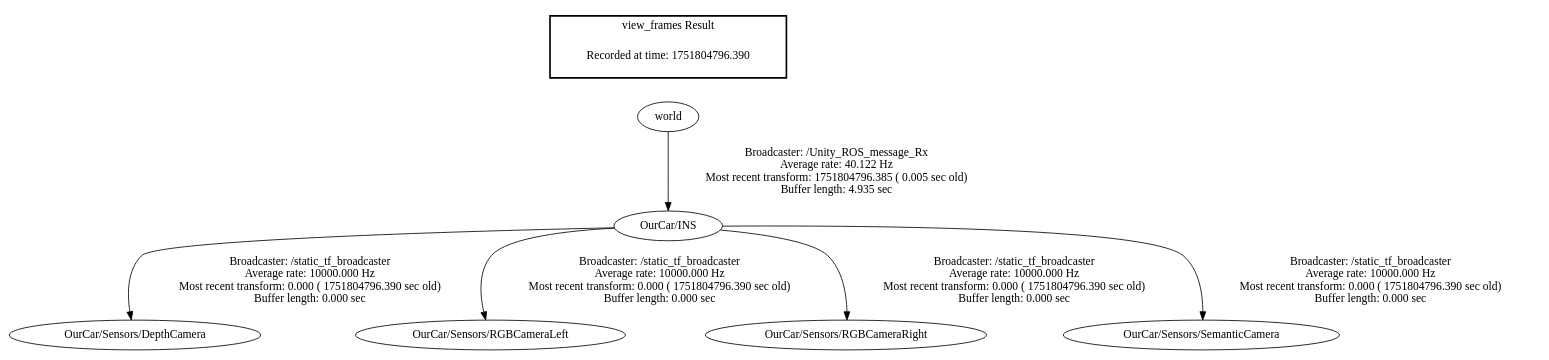
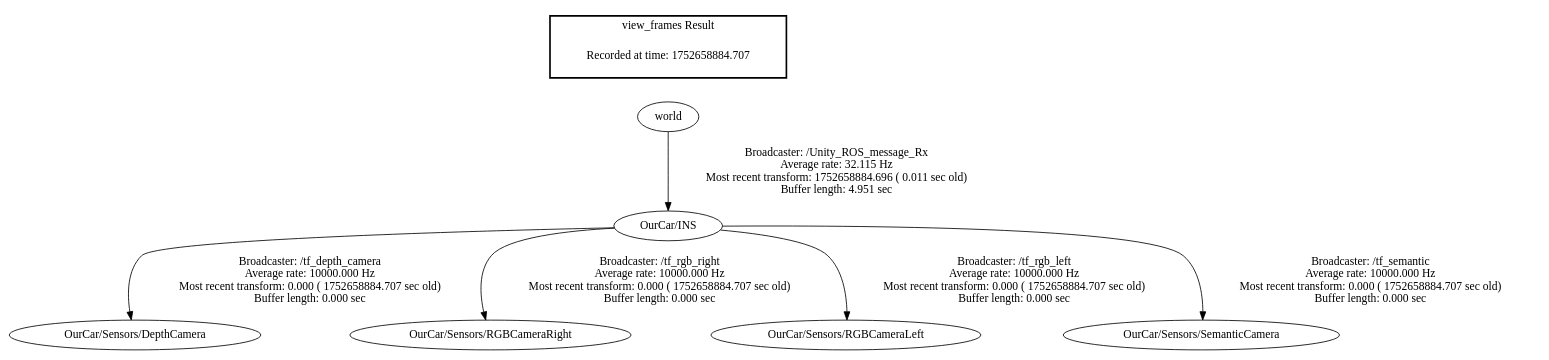
One commit to JerryPlain/autonomous_driving_ros changed the diagram in frames.gv. Above: the diagram before and after it, drawn with Graphviz. The commit also changed 7 other files, not shown here.

```diff
--- a/frames.gv
+++ b/frames.gv
@@ -1,11 +1,11 @@
 digraph G {
-"OurCar/INS" -> "OurCar/Sensors/DepthCamera"[label="Broadcaster: /static_tf_broadcaster\nAverage rate: 10000.000 Hz\nMost recent transform: 0.000 ( 1751804796.390 sec old)\nBuffer length: 0.000 sec\n"];
-"world" -> "OurCar/INS"[label="Broadcaster: /Unity_ROS_message_Rx\nAverage rate: 40.122 Hz\nMost recent transform: 1751804796.385 ( 0.005 sec old)\nBuffer length: 4.935 sec\n"];
-"OurCar/INS" -> "OurCar/Sensors/RGBCameraLeft"[label="Broadcaster: /static_tf_broadcaster\nAverage rate: 10000.000 Hz\nMost recent transform: 0.000 ( 1751804796.390 sec old)\nBuffer length: 0.000 sec\n"];
-"OurCar/INS" -> "OurCar/Sensors/RGBCameraRight"[label="Broadcaster: /static_tf_broadcaster\nAverage rate: 10000.000 Hz\nMost recent transform: 0.000 ( 1751804796.390 sec old)\nBuffer length: 0.000 sec\n"];
-"OurCar/INS" -> "OurCar/Sensors/SemanticCamera"[label="Broadcaster: /static_tf_broadcaster\nAverage rate: 10000.000 Hz\nMost recent transform: 0.000 ( 1751804796.390 sec old)\nBuffer length: 0.000 sec\n"];
+"OurCar/INS" -> "OurCar/Sensors/DepthCamera"[label="Broadcaster: /tf_depth_camera\nAverage rate: 10000.000 Hz\nMost recent transform: 0.000 ( 1752658884.707 sec old)\nBuffer length: 0.000 sec\n"];
+"world" -> "OurCar/INS"[label="Broadcaster: /Unity_ROS_message_Rx\nAverage rate: 32.115 Hz\nMost recent transform: 1752658884.696 ( 0.011 sec old)\nBuffer length: 4.951 sec\n"];
+"OurCar/INS" -> "OurCar/Sensors/RGBCameraRight"[label="Broadcaster: /tf_rgb_right\nAverage rate: 10000.000 Hz\nMost recent transform: 0.000 ( 1752658884.707 sec old)\nBuffer length: 0.000 sec\n"];
+"OurCar/INS" -> "OurCar/Sensors/RGBCameraLeft"[label="Broadcaster: /tf_rgb_left\nAverage rate: 10000.000 Hz\nMost recent transform: 0.000 ( 1752658884.707 sec old)\nBuffer length: 0.000 sec\n"];
+"OurCar/INS" -> "OurCar/Sensors/SemanticCamera"[label="Broadcaster: /tf_semantic\nAverage rate: 10000.000 Hz\nMost recent transform: 0.000 ( 1752658884.707 sec old)\nBuffer length: 0.000 sec\n"];
 edge [style=invis];
  subgraph cluster_legend { style=bold; color=black; label ="view_frames Result";
-"Recorded at time: 1751804796.390"[ shape=plaintext ] ;
+"Recorded at time: 1752658884.707"[ shape=plaintext ] ;
  }->"world";
 }
```
